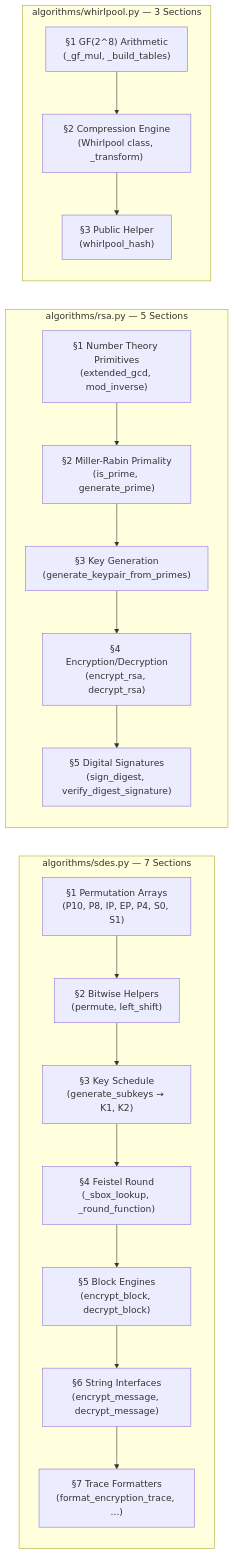
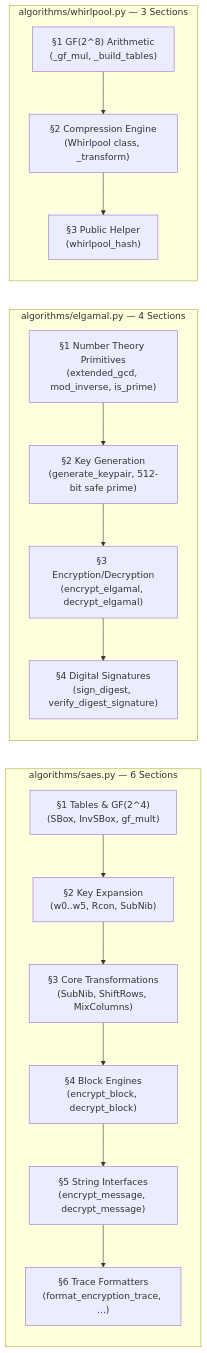
Before and after one commit to raghav12344/enc-dec-project: the fifth of 5 diagrams in README.md, drawn with Mermaid. The commit also changed other lines of this file and 33 other files, not shown here.

````diff
--- a/README.md
+++ b/README.md
@@ -357,29 +356,27 @@
 ```mermaid
 flowchart LR
-    subgraph SDES["algorithms/sdes.py — 7 Sections"]
-        S1["§1 Permutation Arrays\n(P10, P8, IP, EP, P4, S0, S1)"]
-        S2["§2 Bitwise Helpers\n(permute, left_shift)"]
-        S3["§3 Key Schedule\n(generate_subkeys → K1, K2)"]
-        S4["§4 Feistel Round\n(_sbox_lookup, _round_function)"]
-        S5["§5 Block Engines\n(encrypt_block, decrypt_block)"]
-        S6["§6 String Interfaces\n(encrypt_message, decrypt_message)"]
-        S7["§7 Trace Formatters\n(format_encryption_trace, ...)"]
-        S1 --> S2 --> S3 --> S4 --> S5 --> S6 --> S7
+    subgraph SAES["algorithms/saes.py — 6 Sections"]
+        S1["§1 Tables & GF(2^4)\n(SBox, InvSBox, gf_mult)"]
+        S2["§2 Key Expansion\n(w0..w5, Rcon, SubNib)"]
+        S3["§3 Core Transformations\n(SubNib, ShiftRows, MixColumns)"]
+        S4["§4 Block Engines\n(encrypt_block, decrypt_block)"]
+        S5["§5 String Interfaces\n(encrypt_message, decrypt_message)"]
+        S6["§6 Trace Formatters\n(format_encryption_trace, ...)"]
+        S1 --> S2 --> S3 --> S4 --> S5 --> S6
     end
 
-    subgraph RSA["algorithms/rsa.py — 5 Sections"]
-        R1["§1 Number Theory Primitives\n(extended_gcd, mod_inverse)"]
-        R2["§2 Miller-Rabin Primality\n(is_prime, generate_prime)"]
-        R3["§3 Key Generation\n(generate_keypair_from_primes)"]
-        R4["§4 Encryption/Decryption\n(encrypt_rsa, decrypt_rsa)"]
-        R5["§5 Digital Signatures\n(sign_digest, verify_digest_signature)"]
-        R1 --> R2 --> R3 --> R4 --> R5
+    subgraph EG["algorithms/elgamal.py — 4 Sections"]
+        E1["§1 Number Theory Primitives\n(extended_gcd, mod_inverse, is_prime)"]
+        E2["§2 Key Generation\n(generate_keypair, 512-bit safe prime)"]
+        E3["§3 Encryption/Decryption\n(encrypt_elgamal, decrypt_elgamal)"]
+        E4["§4 Digital Signatures\n(sign_digest, verify_digest_signature)"]
+        E1 --> E2 --> E3 --> E4
     end
 
     subgraph WP["algorithms/whirlpool.py — 3 Sections"]
         W1["§1 GF(2^8) Arithmetic\n(_gf_mul, _build_tables)"]
         W2["§2 Compression Engine\n(Whirlpool class, _transform)"]
         W3["§3 Public Helper\n(whirlpool_hash)"]
         W1 --> W2 --> W3
     end
 ```
````
